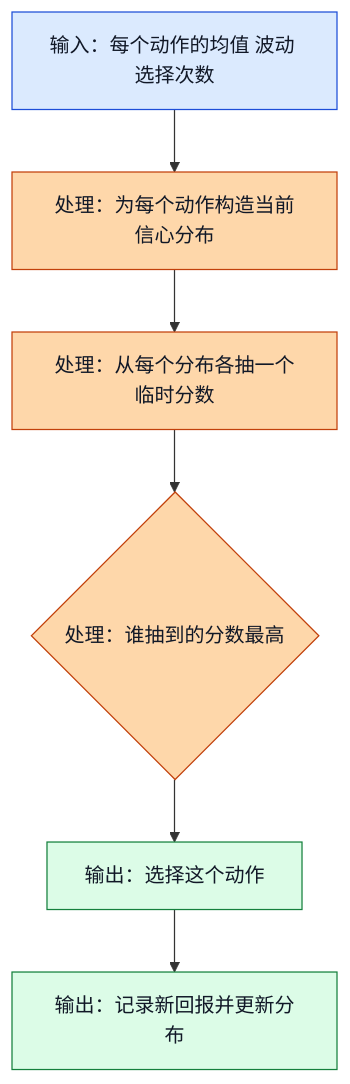
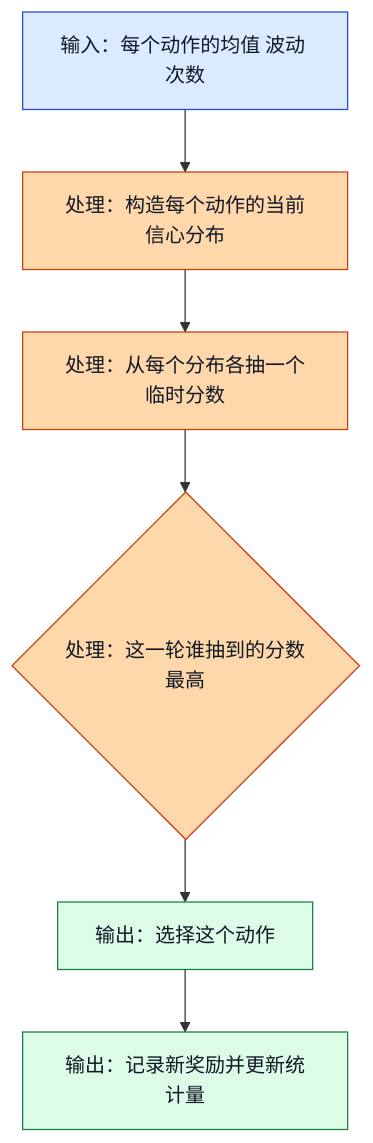
The fourth of 6 diagrams in learn/03_Exploration_vs_Exploitation.md (Mrphase/RL-Doc), drawn with Mermaid before and after one commit. The commit also changed other lines of this file, not shown here.

````diff
--- a/learn/03_Exploration_vs_Exploitation.md
+++ b/learn/03_Exploration_vs_Exploitation.md
@@ -641,15 +633,16 @@
 ```mermaid
 flowchart TD
-    A[输入：每个动作的均值 波动 选择次数] --> B[处理：为每个动作构造当前信心分布]
+    A[输入：每个动作的均值 波动 次数] --> B[处理：构造每个动作的当前信心分布]
     B --> C[处理：从每个分布各抽一个临时分数]
-    C --> D{处理：谁抽到的分数最高}
+    C --> D{处理：这一轮谁抽到的分数最高}
     D --> E[输出：选择这个动作]
-    E --> F[输出：记录新回报并更新分布]
+    E --> F[输出：记录新奖励并更新统计量]
 
     classDef input fill:#dbeafe,stroke:#1d4ed8,color:#111827;
     classDef process fill:#fed7aa,stroke:#c2410c,color:#111827;
     classDef output fill:#dcfce7,stroke:#15803d,color:#111827;
+
     class A input;
     class B,C,D process;
     class E,F output;
 ```
````
